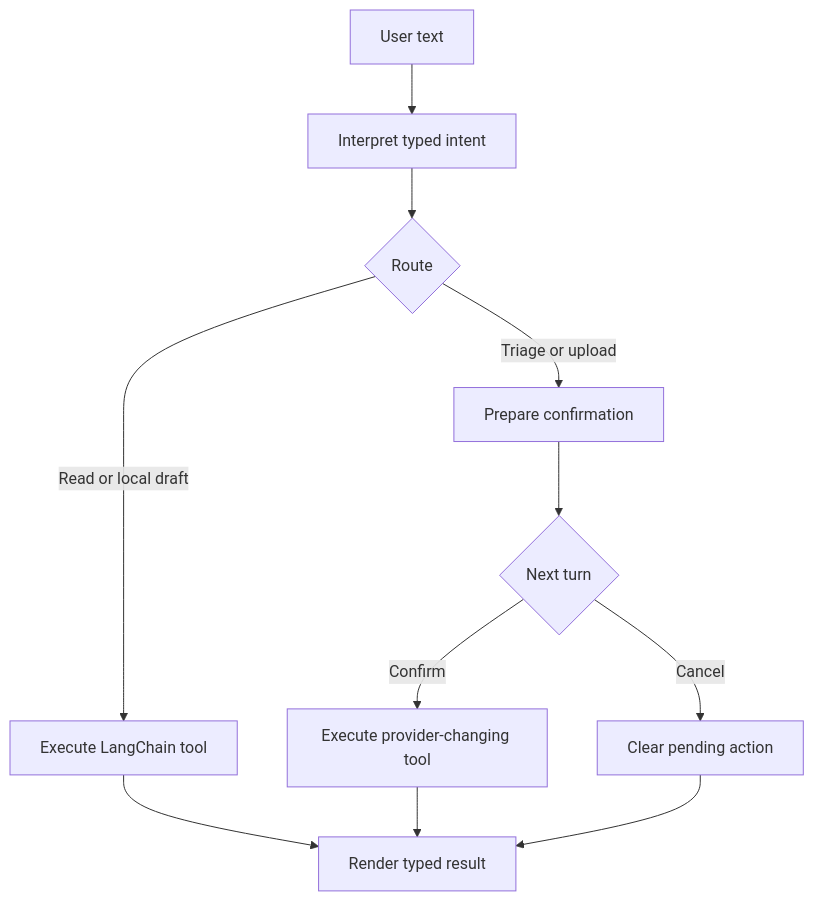
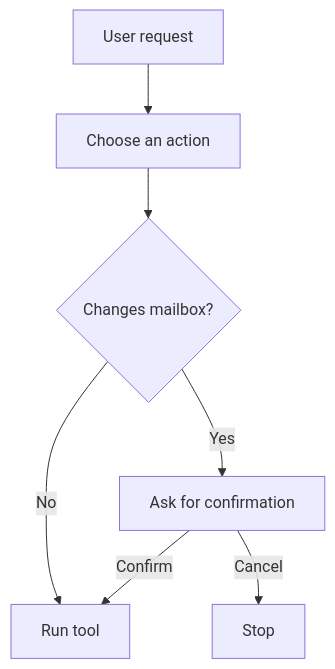
One commit to heratyian/email-agent changed the second of 2 diagrams in README.md. Above: the diagram before and after it, drawn with Mermaid. The commit also changed other lines of this file and 3 other files, not shown here.

Commit message:
Update conversational assistant mermaid flowchart and docs.

````diff
--- a/README.md
+++ b/README.md
@@ -131,13 +130,9 @@
 ```mermaid
 flowchart TD
-    A[User text] --> B[Interpret typed intent]
-    B --> C{Route}
-    C -->|Read or local draft| D[Execute LangChain tool]
-    C -->|Triage or upload| E[Prepare confirmation]
-    E --> F{Next turn}
-    F -->|Confirm| G[Execute provider-changing tool]
-    F -->|Cancel| H[Clear pending action]
-    D --> I[Render typed result]
-    G --> I
-    H --> I
+    A[User request] --> B[Choose an action]
+    B --> C{Changes mailbox?}
+    C -->|No| D[Run tool]
+    C -->|Yes| E[Ask for confirmation]
+    E -->|Confirm| D
+    E -->|Cancel| F[Stop]
 ```
````
